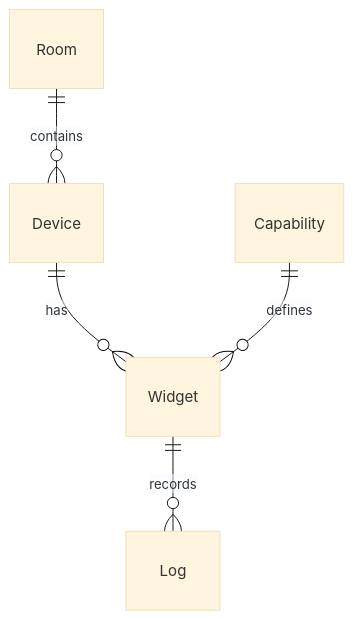
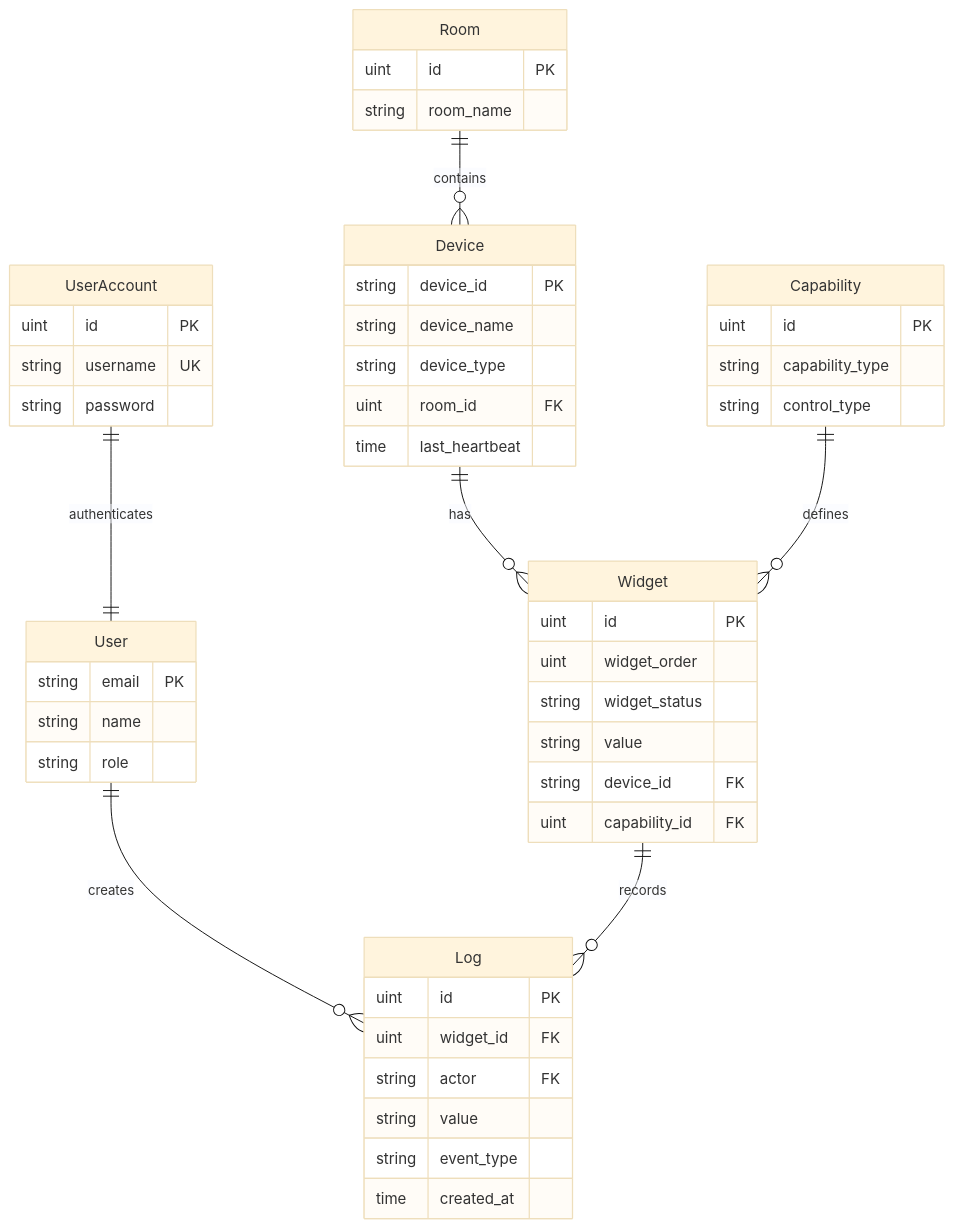
The diagram in docs/backend/database.md (sunmodza/pm_docs), drawn with Mermaid (base theme) before and after one commit. The commit also changed other lines of this file, not shown here.

First paragraph of the commit message:
Fix database schema ERD to match actual implementation
This commit corrects the database schema ERD documentation to accurately
reflect the current GORM models in the backend implementation.

````diff
--- a/docs/backend/database.md
+++ b/docs/backend/database.md
@@ -7,7 +7,58 @@
 ```mermaid
 erDiagram
+    User ||--o{ Log : "creates"
+    UserAccount ||--|| User : "authenticates"
     Room ||--o{ Device : "contains"
     Device ||--o{ Widget : "has"
     Capability ||--o{ Widget : "defines"
     Widget ||--o{ Log : "records"
+
+    User {
+        string email PK
+        string name
+        string role
+    }
+
+    UserAccount {
+        uint id PK
+        string username UK
+        string password
+    }
+
+    Room {
+        uint id PK
+        string room_name
+    }
+
+    Device {
+        string device_id PK
+        string device_name
+        string device_type
+        uint room_id FK
+        time last_heartbeat
+    }
+
+    Capability {
+        uint id PK
+        string capability_type
+        string control_type
+    }
+
+    Widget {
+        uint id PK
+        uint widget_order
+        string widget_status
+        string value
+        string device_id FK
+        uint capability_id FK
+    }
+
+    Log {
+        uint id PK
+        uint widget_id FK
+        string actor FK
+        string value
+        string event_type
+        time created_at
+    }
 ```
````
